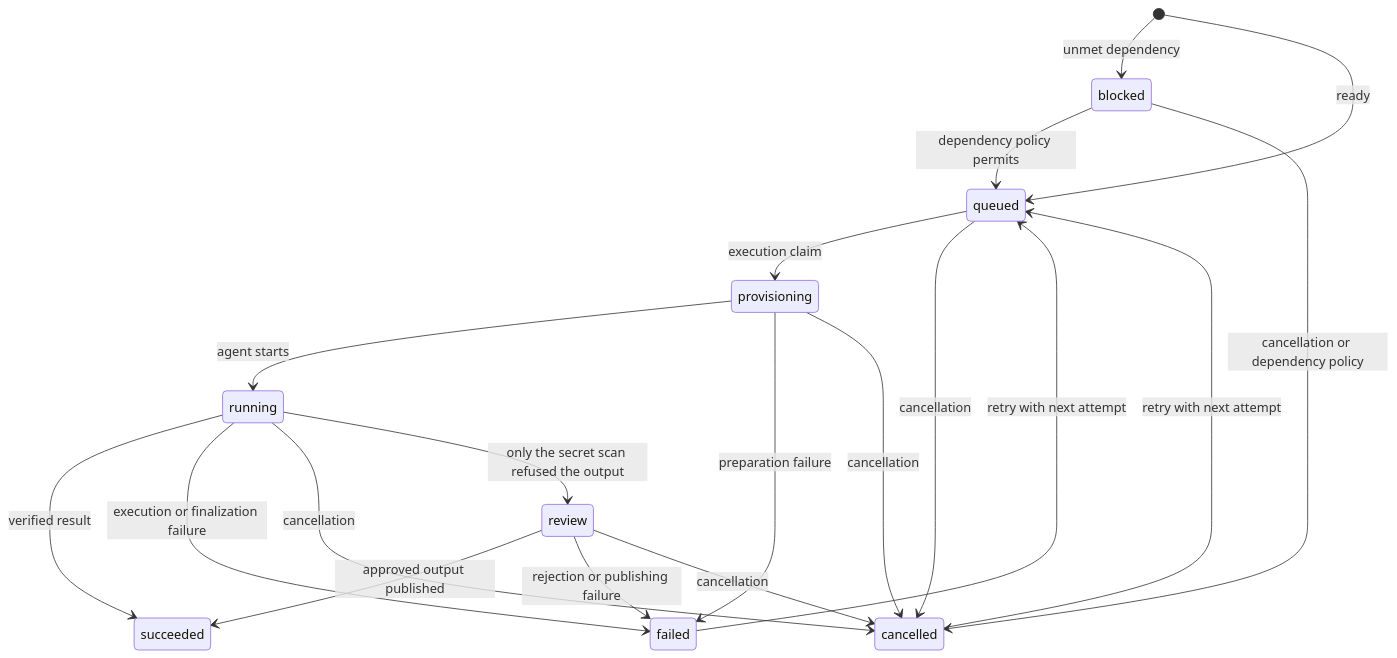
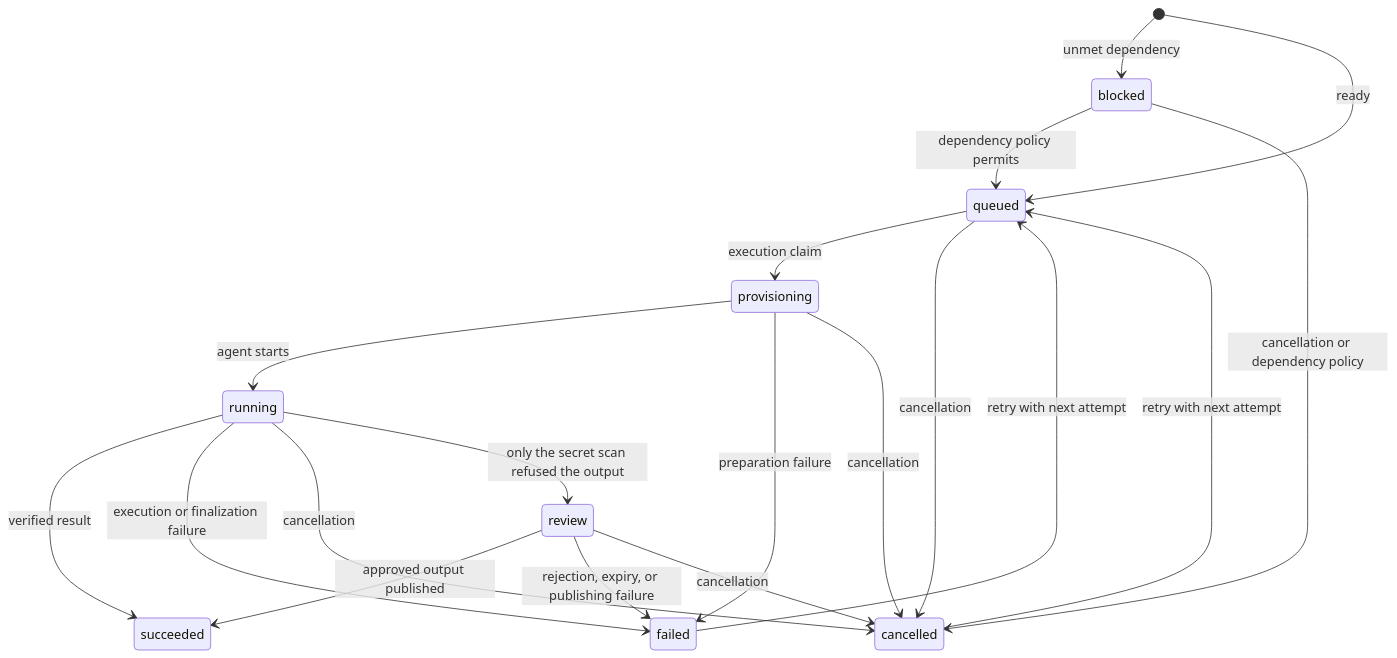
One commit to This-Is-NPC/omashiki changed the diagram in docs/internal/job-lifecycle.md. Above: the diagram before and after it, drawn with Mermaid. The commit also changed other lines of this file and 27 other files, not shown here.

````diff
--- a/docs/internal/job-lifecycle.md
+++ b/docs/internal/job-lifecycle.md
@@ -22,21 +22,21 @@
 ```mermaid
 stateDiagram-v2
     [*] --> blocked: unmet dependency
     [*] --> queued: ready
     blocked --> queued: dependency policy permits
     blocked --> cancelled: cancellation or dependency policy
     queued --> provisioning: execution claim
     provisioning --> running: agent starts
     provisioning --> failed: preparation failure
     provisioning --> cancelled: cancellation
     queued --> cancelled: cancellation
     running --> succeeded: verified result
     running --> failed: execution or finalization failure
     running --> cancelled: cancellation
     running --> review: only the secret scan refused the output
     review --> succeeded: approved output published
-    review --> failed: rejection or publishing failure
+    review --> failed: rejection, expiry, or publishing failure
     review --> cancelled: cancellation
     failed --> queued: retry with next attempt
     cancelled --> queued: retry with next attempt
 ```
````
